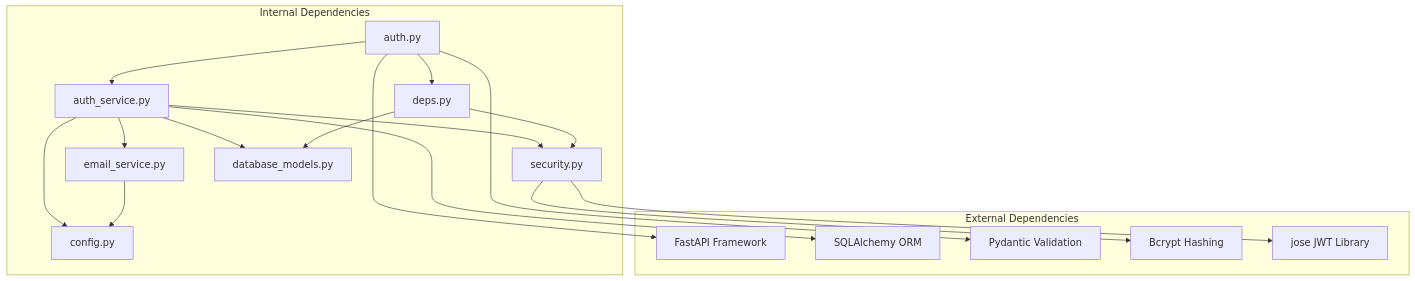
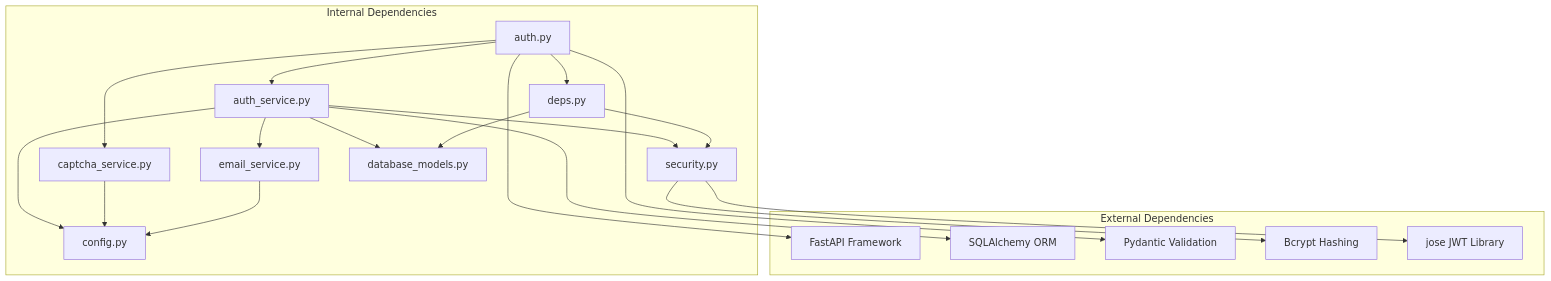
Before and after one commit to rainRise/aidiary: the seventh of 7 diagrams in .qoder/repowiki/en/content/Backend System/Service Layer Implementation/Authentication Service.md, drawn with Mermaid. The commit also changed other lines of this file and 16 other files, not shown here.

````diff
--- a/.qoder/repowiki/en/content/Backend System/Service Layer Implementation/Authentication Service.md
+++ b/.qoder/repowiki/en/content/Backend System/Service Layer Implementation/Authentication Service.md
@@ -409,33 +519,36 @@
 ```mermaid
 graph TB
 subgraph "External Dependencies"
 FastAPI[FastAPI Framework]
 SQLAlchemy[SQLAlchemy ORM]
 Pydantic[Pydantic Validation]
 Bcrypt[Bcrypt Hashing]
 JWT[jose JWT Library]
 end
 subgraph "Internal Dependencies"
 AuthAPI[auth.py]
 AuthService[auth_service.py]
+CaptchaService[captcha_service.py]
 Security[security.py]
 EmailService[email_service.py]
 Models[database_models.py]
 Config[config.py]
 Deps[deps.py]
 end
 AuthAPI --> AuthService
 AuthAPI --> Deps
+AuthAPI --> CaptchaService
 AuthService --> Security
 AuthService --> EmailService
 AuthService --> Models
 AuthService --> Config
+CaptchaService --> Config
 Deps --> Security
 Deps --> Models
 Security --> Bcrypt
 Security --> JWT
 EmailService --> Config
 AuthAPI --> FastAPI
 AuthService --> SQLAlchemy
 AuthAPI --> Pydantic
 ```
````
